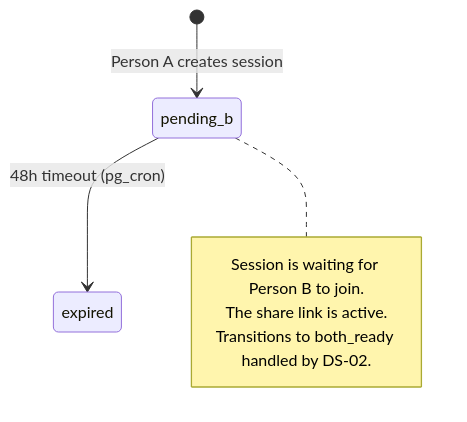
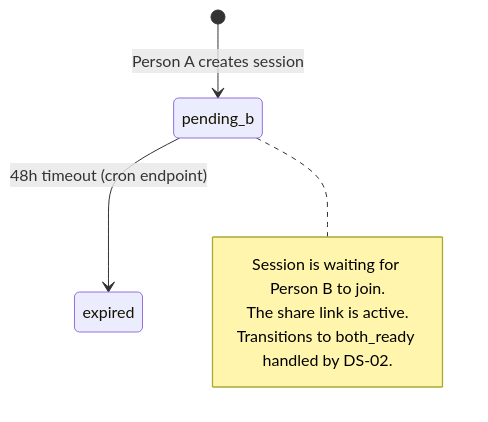
The third of 4 diagrams in docs/dev-specs/ds-01-session-management.md (Aiden-Barrera/dateflow), drawn with Mermaid before and after one commit. The commit also changed other lines of this file and 46 other files, not shown here.

````diff
--- a/docs/dev-specs/ds-01-session-management.md
+++ b/docs/dev-specs/ds-01-session-management.md
@@ -124,11 +124,11 @@
 ```mermaid
 stateDiagram-v2
     [*] --> pending_b : Person A creates session
-    pending_b --> expired : 48h timeout (pg_cron)
+    pending_b --> expired : 48h timeout (cron endpoint)
 
     note right of pending_b
         Session is waiting for Person B to join.
         The share link is active.
         Transitions to both_ready handled by DS-02.
     end note
 ```
````
